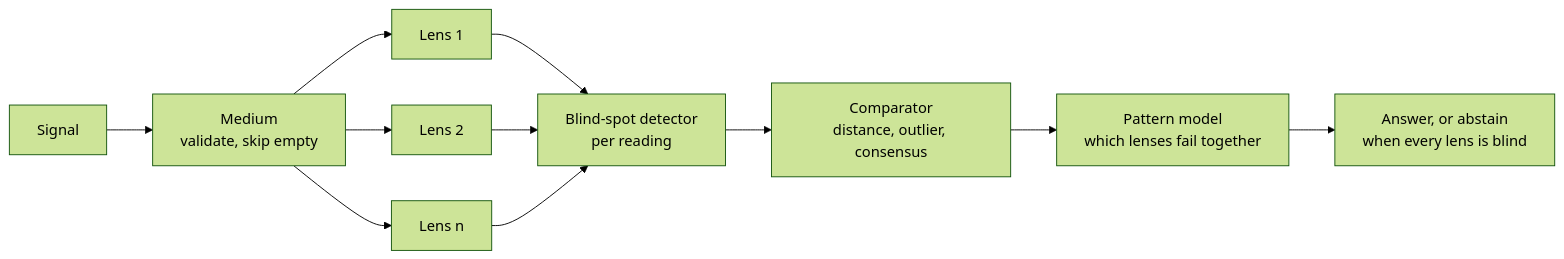
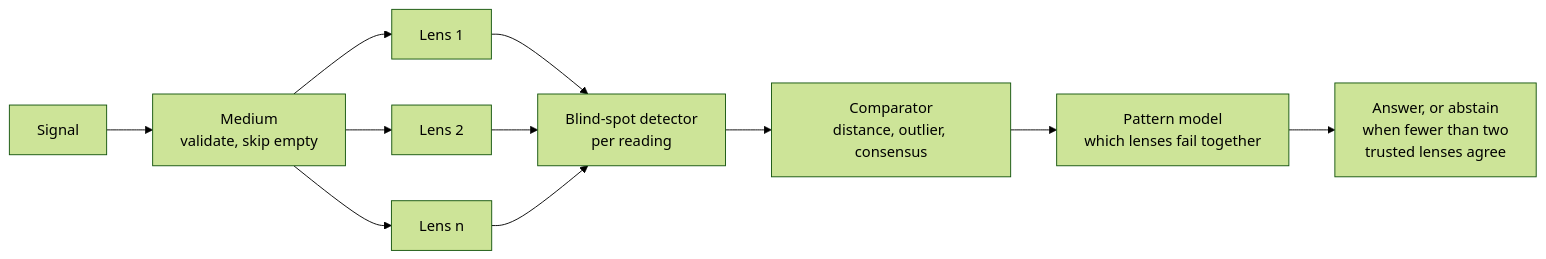
Before and after one commit to SpacekidLabs/representation-fragility-lab: the first of 3 diagrams in README.md, drawn with Mermaid (forest theme). The commit also changed other lines of this file and 2 other files, not shown here.

````diff
--- a/README.md
+++ b/README.md
@@ -11,11 +11,11 @@
 ```mermaid
 flowchart LR
     S[Signal] --> M[Medium<br/>validate, skip empty]
     M --> R1[Lens 1]
     M --> R2[Lens 2]
     M --> R3[Lens n]
     R1 & R2 & R3 --> D[Blind-spot detector<br/>per reading]
     D --> C[Comparator<br/>distance, outlier, consensus]
     C --> P[Pattern model<br/>which lenses fail together]
-    P --> A[Answer, or abstain<br/>when every lens is blind]
+    P --> A[Answer, or abstain<br/>when fewer than two<br/>trusted lenses agree]
 ```
````
